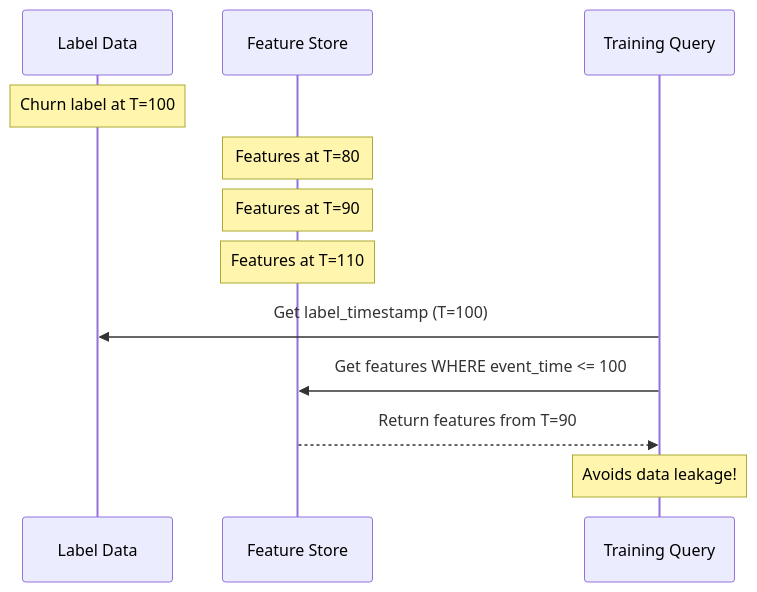
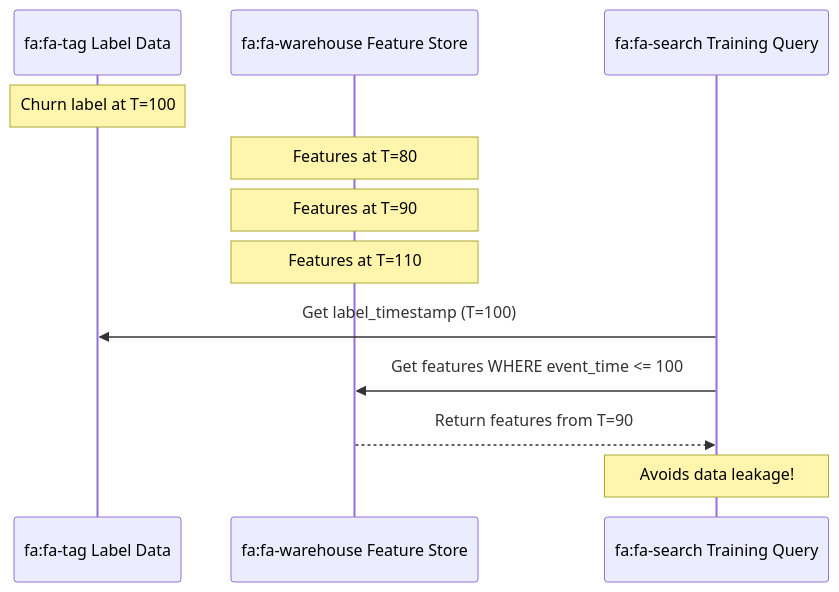
Before and after one commit to vinu76jsr/aws-sample-projects: the third of 3 diagrams in aws-ml-associate-prep/04-feature-store/LAB.md, drawn with Mermaid. The commit also changed other lines of this file and 15 other files, not shown here.

First line of the commit message:
Add Font Awesome icons to all Mermaid diagrams

````diff
--- a/aws-ml-associate-prep/04-feature-store/LAB.md
+++ b/aws-ml-associate-prep/04-feature-store/LAB.md
@@ -78,16 +78,16 @@
 ```mermaid
 sequenceDiagram
-    participant Labels as Label Data
-    participant FS as Feature Store
-    participant Query as Training Query
+    participant Labels as fa:fa-tag Label Data
+    participant FS as fa:fa-warehouse Feature Store
+    participant Query as fa:fa-search Training Query
 
     Note over Labels: Churn label at T=100
     Note over FS: Features at T=80
     Note over FS: Features at T=90
     Note over FS: Features at T=110
 
     Query->>Labels: Get label_timestamp (T=100)
     Query->>FS: Get features WHERE event_time <= 100
     FS-->>Query: Return features from T=90
     Note over Query: Avoids data leakage!
 ```
````
